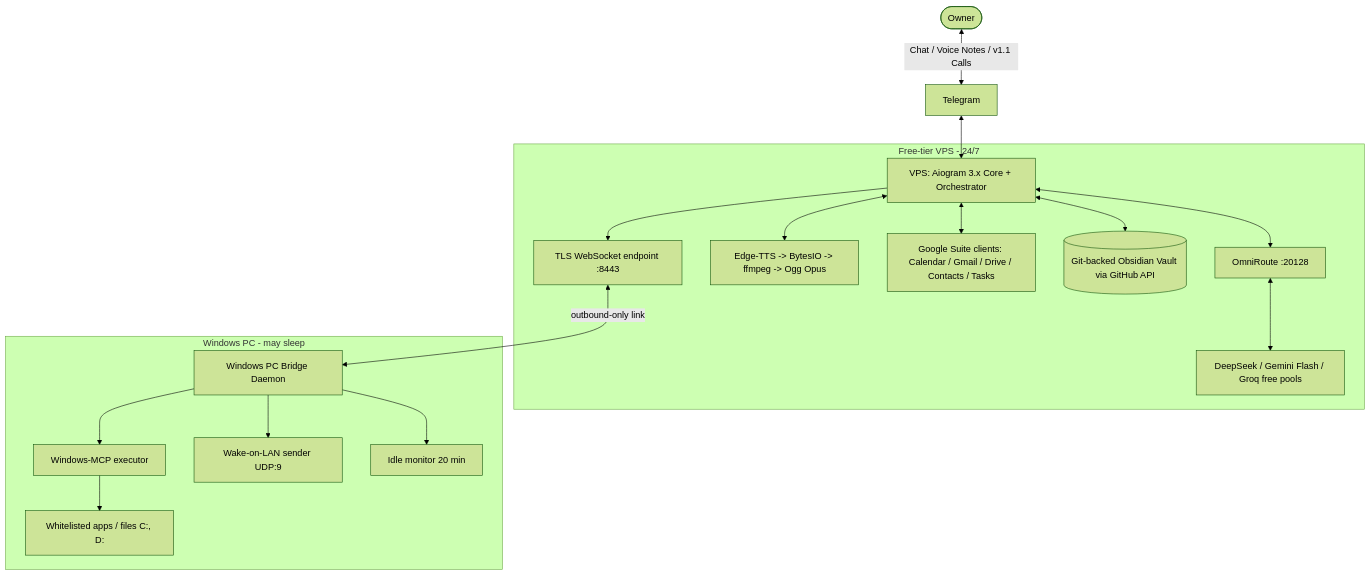
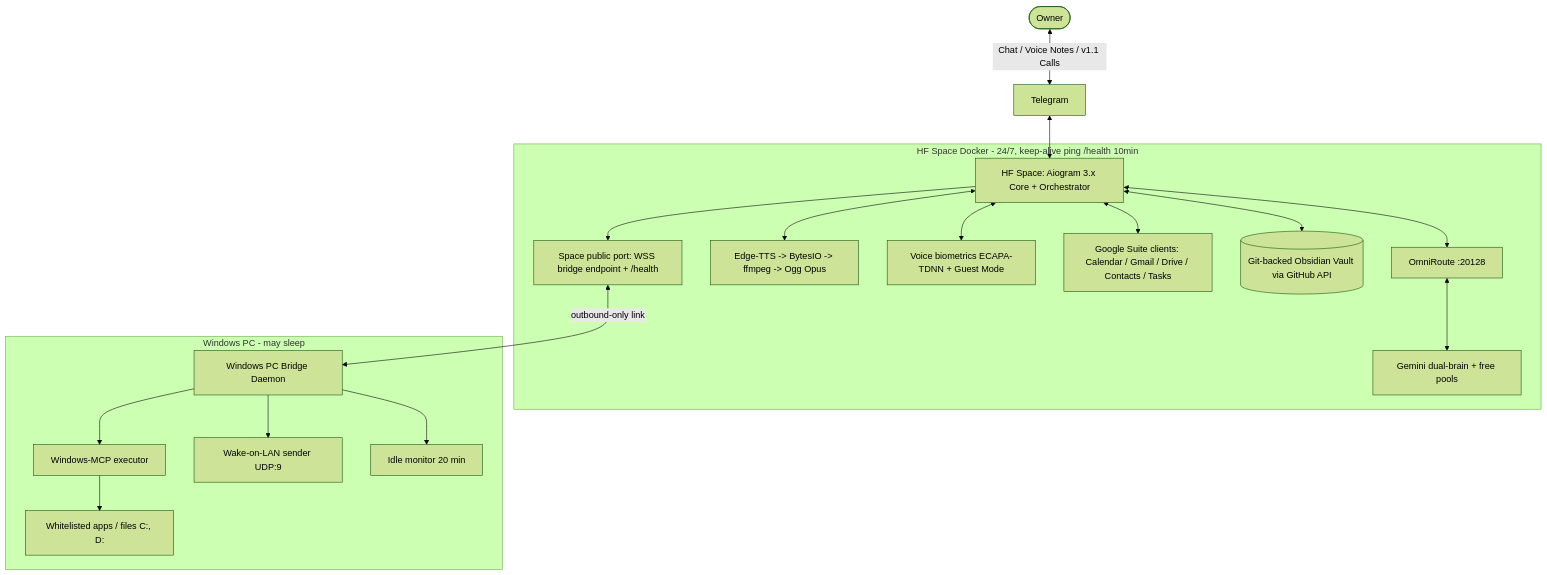
The diagram in docs/01-ARCHITECTURE.md (3mar-baha/vantrilex-assistant-os), drawn with Mermaid (forest theme) before and after one commit. The commit also changed other lines of this file and 4 other files, not shown here.

````diff
--- a/docs/01-ARCHITECTURE.md
+++ b/docs/01-ARCHITECTURE.md
@@ -24,22 +28,23 @@
 ```mermaid
 graph TD
     User([Owner]) <-->|Chat / Voice Notes / v1.1 Calls| TG[Telegram]
-    TG <--> Core[VPS: Aiogram 3.x Core + Orchestrator]
+    TG <--> Core[HF Space: Aiogram 3.x Core + Orchestrator]
 
-    subgraph VPS [Free-tier VPS - 24/7]
+    subgraph Space [HF Space Docker - 24/7, keep-alive ping /health 10min]
         Core <--> Omni[OmniRoute :20128]
-        Omni <--> Pools[DeepSeek / Gemini Flash / Groq free pools]
+        Omni <--> Pools[Gemini dual-brain + free pools]
         Core <--> TTS[Edge-TTS -> BytesIO -> ffmpeg -> Ogg Opus]
+        Core <--> Bio[Voice biometrics ECAPA-TDNN + Guest Mode]
         Core <--> G[Google Suite clients: Calendar / Gmail / Drive / Contacts / Tasks]
         Core <--> Vault[(Git-backed Obsidian Vault via GitHub API)]
-        Core --> WSS[TLS WebSocket endpoint :8443]
+        Core --> WSS[Space public port: WSS bridge endpoint + /health]
     end
 
     WSS <-->|outbound-only link| Bridge[Windows PC Bridge Daemon]
     subgraph PC [Windows PC - may sleep]
         Bridge --> MCP[Windows-MCP executor]
         Bridge --> WoL[Wake-on-LAN sender UDP:9]
         Bridge --> Idle[Idle monitor 20 min]
         MCP --> Apps[Whitelisted apps / files C:, D:]
     end
 ```
````
